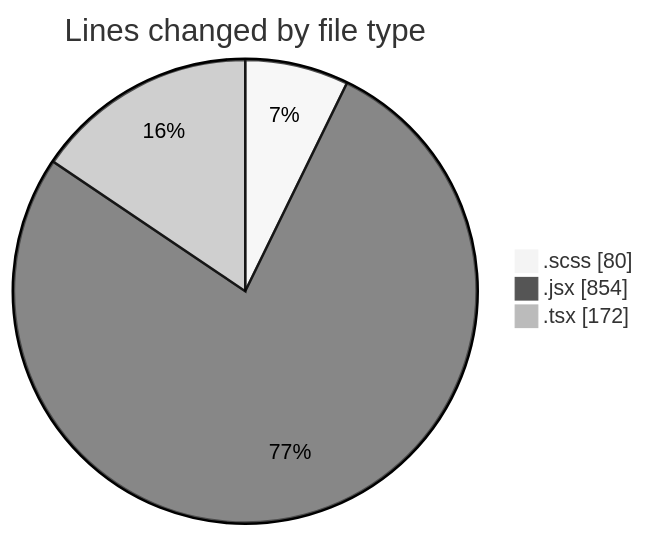
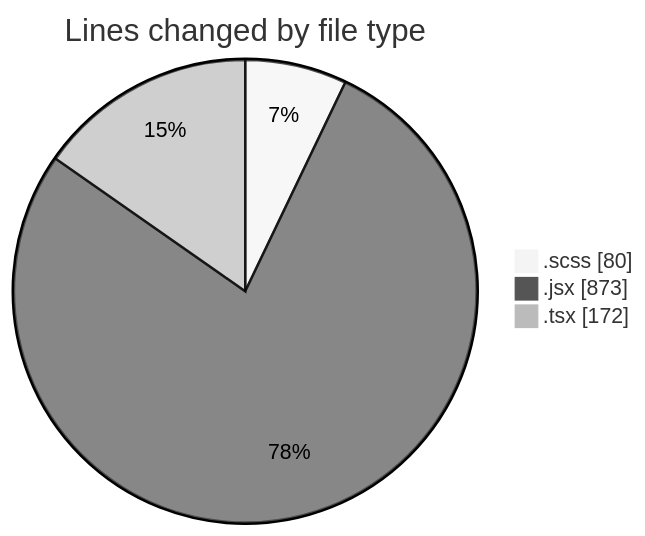
One commit to momahboobian/code-tracking changed the first of 2 diagrams in 2025-06-03/cda/README.md. Above: the diagram before and after it, drawn with Mermaid (neutral theme). The commit also changed other lines of this file and 1 other file, not shown here.

````diff
--- a/2025-06-03/cda/README.md
+++ b/2025-06-03/cda/README.md
@@ -23,7 +23,7 @@
 ```mermaid
 pie showData
 title Lines changed by file type
 ".scss" : 80
-".jsx" : 854
+".jsx" : 873
 ".tsx" : 172
 ```
````
